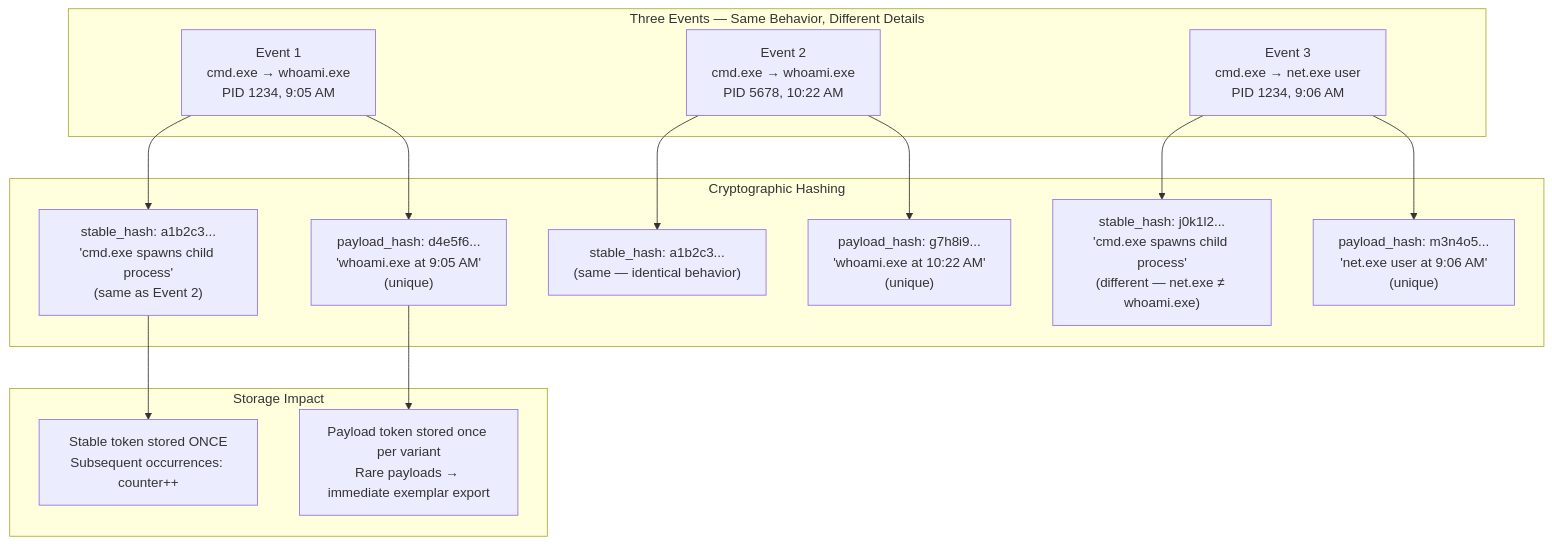
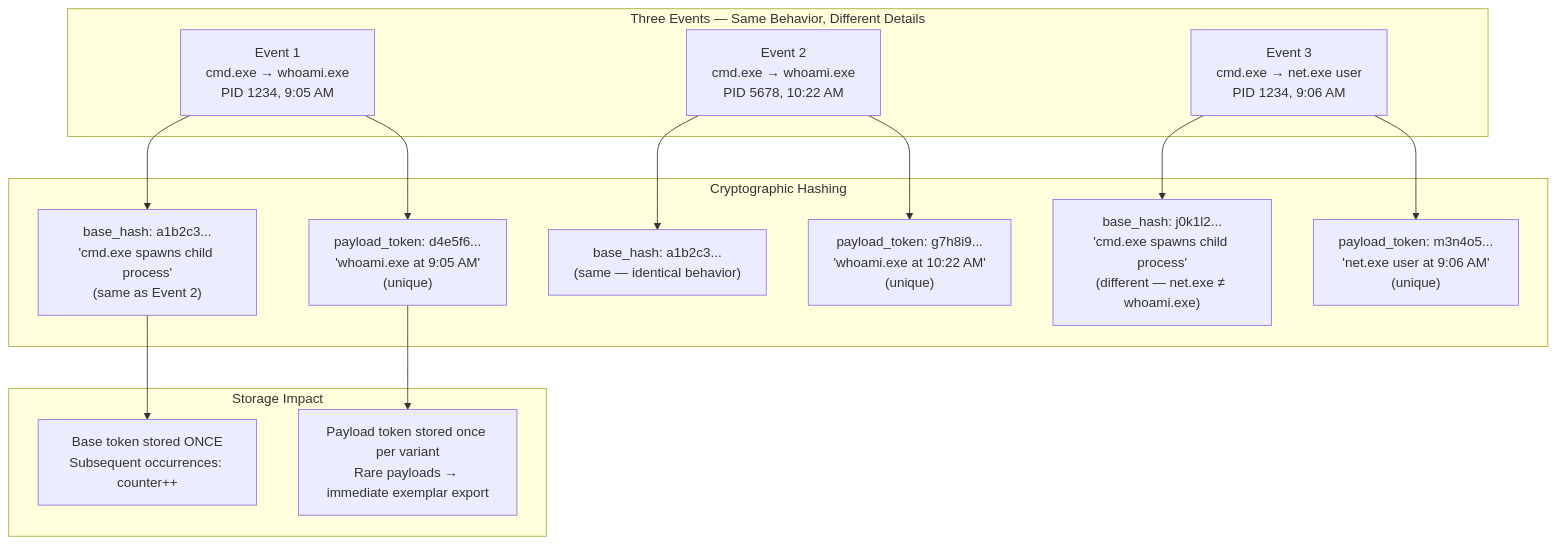
The second of 5 diagrams in LongHorizons/README.md (LongHorizons/WindOH), drawn with Mermaid before and after one commit. The commit also changed other lines of this file and 17 other files, not shown here.

First line of the commit message:
Rename stable_hash/stableHash -> base_token/baseToken across all documentation

````diff
--- a/LongHorizons/README.md
+++ b/LongHorizons/README.md
@@ -53,24 +53,24 @@
 ```mermaid
 flowchart TD
     subgraph Events["Three Events — Same Behavior, Different Details"]
         E1["Event 1\ncmd.exe → whoami.exe\nPID 1234, 9:05 AM"]
         E2["Event 2\ncmd.exe → whoami.exe\nPID 5678, 10:22 AM"]
         E3["Event 3\ncmd.exe → net.exe user\nPID 1234, 9:06 AM"]
     end
 
     subgraph Tokens["Cryptographic Hashing"]
-        E1 --> S1["stable_hash: a1b2c3...\n'cmd.exe spawns child process'\n(same as Event 2)"]
-        E1 --> P1["payload_hash: d4e5f6...\n'whoami.exe at 9:05 AM'\n(unique)"]
+        E1 --> S1["base_hash: a1b2c3...\n'cmd.exe spawns child process'\n(same as Event 2)"]
+        E1 --> P1["payload_token: d4e5f6...\n'whoami.exe at 9:05 AM'\n(unique)"]
 
-        E2 --> S2["stable_hash: a1b2c3...\n(same — identical behavior)"]
-        E2 --> P2["payload_hash: g7h8i9...\n'whoami.exe at 10:22 AM'\n(unique)"]
+        E2 --> S2["base_hash: a1b2c3...\n(same — identical behavior)"]
+        E2 --> P2["payload_token: g7h8i9...\n'whoami.exe at 10:22 AM'\n(unique)"]
 
-        E3 --> S3["stable_hash: j0k1l2...\n'cmd.exe spawns child process'\n(different — net.exe ≠ whoami.exe)"]
-        E3 --> P3["payload_hash: m3n4o5...\n'net.exe user at 9:06 AM'\n(unique)"]
+        E3 --> S3["base_hash: j0k1l2...\n'cmd.exe spawns child process'\n(different — net.exe ≠ whoami.exe)"]
+        E3 --> P3["payload_token: m3n4o5...\n'net.exe user at 9:06 AM'\n(unique)"]
     end
 
     subgraph Storage["Storage Impact"]
-        S1 --> STORE["Stable token stored ONCE\nSubsequent occurrences: counter++"]
+        S1 --> STORE["Base token stored ONCE\nSubsequent occurrences: counter++"]
         P1 --> STORE2["Payload token stored once per variant\nRare payloads → immediate exemplar export"]
     end
 ```
````
